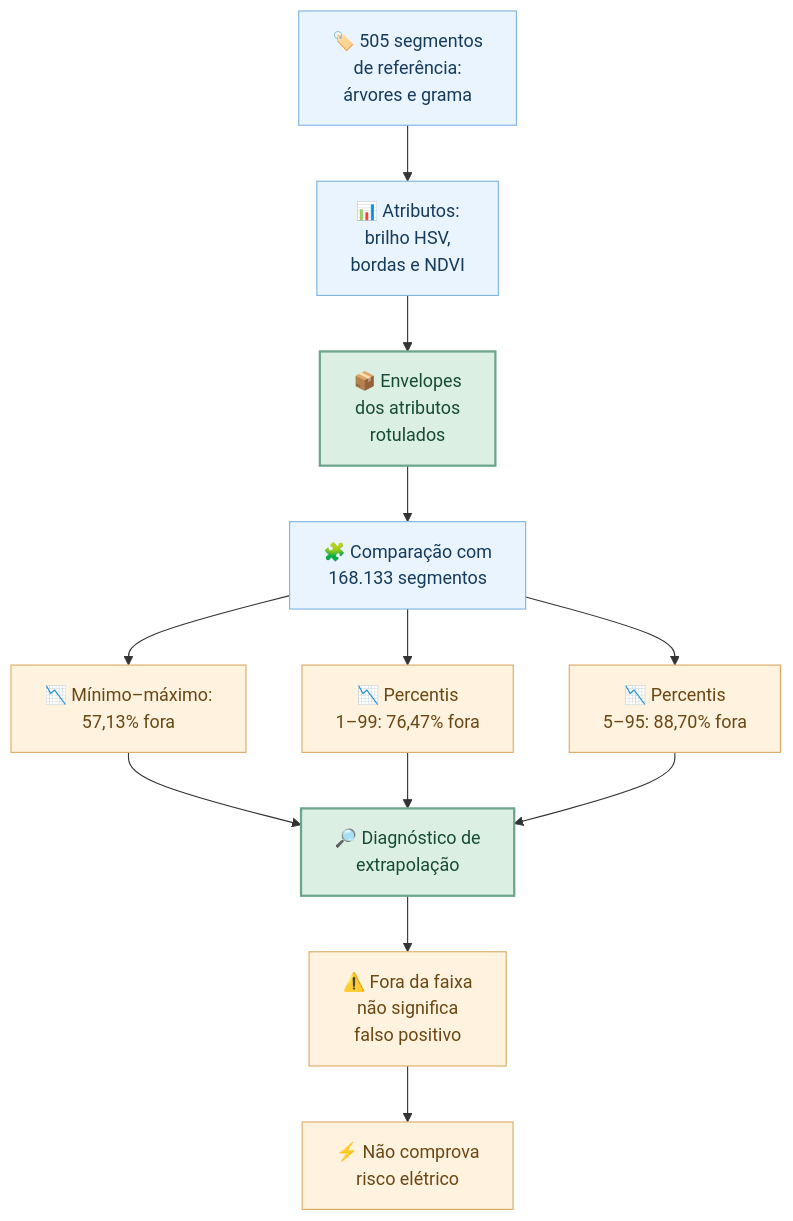
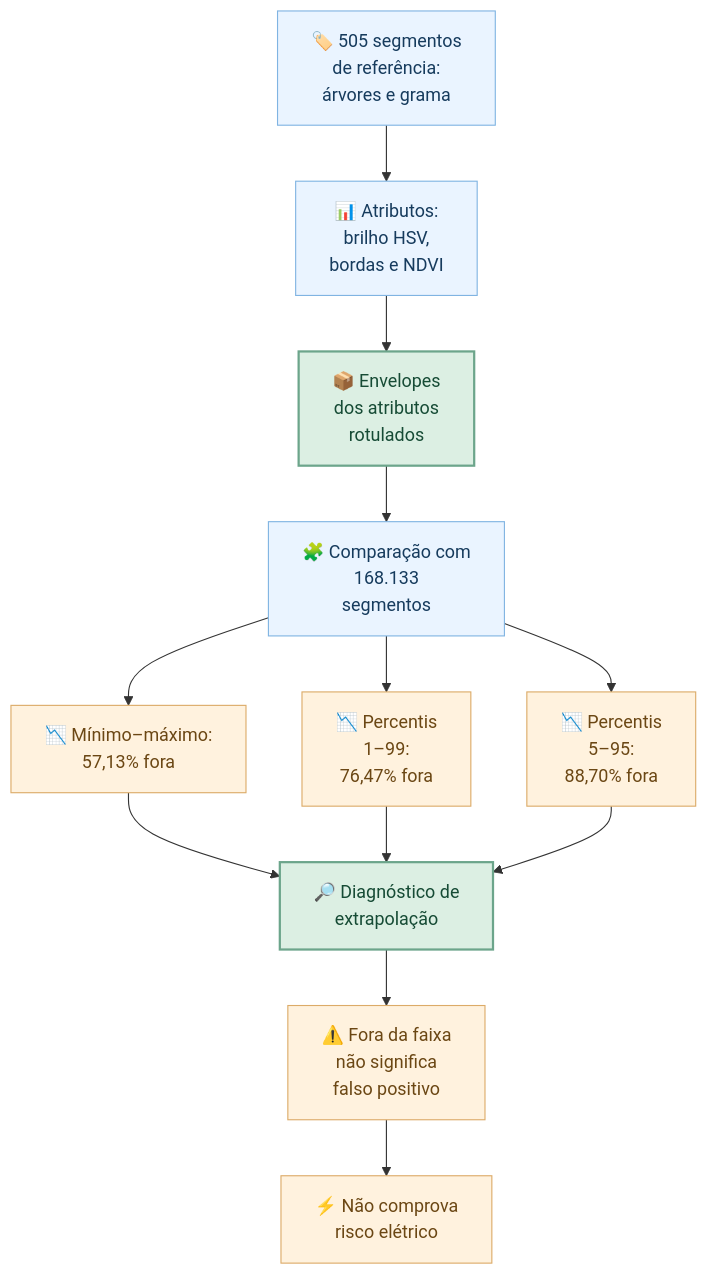
Before and after one commit to BrenoBragaGalvao/mestrado-arvores-urbanas: the fifth of 5 diagrams in README.md, drawn with Mermaid. The commit also changed other lines of this file, not shown here.

Commit message:
fix(readme): quebrar quatro rotulos Mermaid ainda largos

````diff
--- a/README.md
+++ b/README.md
@@ -381,21 +381,21 @@
 ```mermaid
 flowchart TD
     A["🏷️ 505 segmentos<br/>de referência:<br/>árvores e grama"] --> B["📊 Atributos:<br/>brilho HSV,<br/>bordas e NDVI"]
     B --> C["📦 Envelopes<br/>dos atributos<br/>rotulados"]
-    C --> D["🧩 Comparação com<br/>168.133 segmentos"]
+    C --> D["🧩 Comparação com<br/>168.133<br/>segmentos"]
     D --> E["📉 Mínimo–máximo:<br/>57,13% fora"]
-    D --> F["📉 Percentis<br/>1–99: 76,47% fora"]
-    D --> G["📉 Percentis<br/>5–95: 88,70% fora"]
+    D --> F["📉 Percentis<br/>1–99:<br/>76,47% fora"]
+    D --> G["📉 Percentis<br/>5–95:<br/>88,70% fora"]
     E --> H["🔎 Diagnóstico de<br/>extrapolação"]
     F --> H
     G --> H
     H --> I["⚠️ Fora da faixa<br/>não significa<br/>falso positivo"]
     I --> J["⚡ Não comprova<br/>risco elétrico"]
 
     classDef entrada fill:#eaf4ff,stroke:#80b4e2,color:#163b5d,stroke-width:1px;
     classDef processo fill:#dcefe3,stroke:#6ca58b,color:#164b35,stroke-width:2px;
     classDef resultado fill:#fff2de,stroke:#dcab68,color:#6b4714,stroke-width:1px;
     class A,B,D entrada;
     class C,H processo;
     class E,F,G,I,J resultado;
 ```
````
